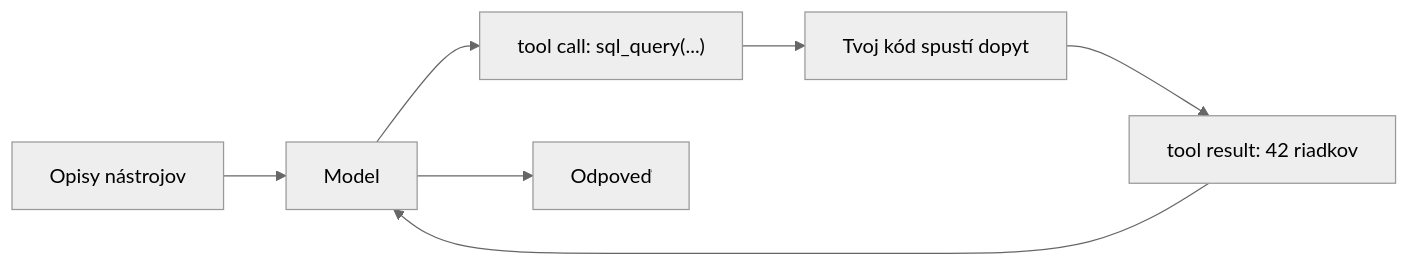
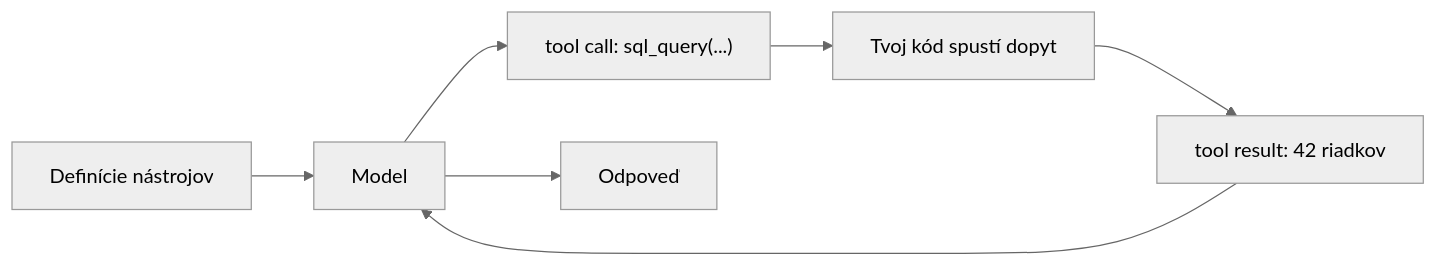
The diagram in i18n/sk/docusaurus-plugin-content-docs/current/part-2-agents/tool-use/index.md (NikolaiSachok/enterprise-rag-agents-handbook), drawn with Mermaid (neutral theme) before and after one commit. The commit also changed other lines of this file and 1 other file, not shown here.

````diff
--- a/i18n/sk/docusaurus-plugin-content-docs/current/part-2-agents/tool-use/index.md
+++ b/i18n/sk/docusaurus-plugin-content-docs/current/part-2-agents/tool-use/index.md
@@ -39,9 +39,9 @@
 ```mermaid
 flowchart LR
-    Defs["Opisy nástrojov"] --> M["Model"]
+    Defs["Definície nástrojov"] --> M["Model"]
     M --> TC["tool call: sql_query(...)"]
     TC --> X["Tvoj kód spustí dopyt"]
     X --> TR["tool result: 42 riadkov"]
     TR --> M
     M --> Ans["Odpoveď"]
 ```
````
